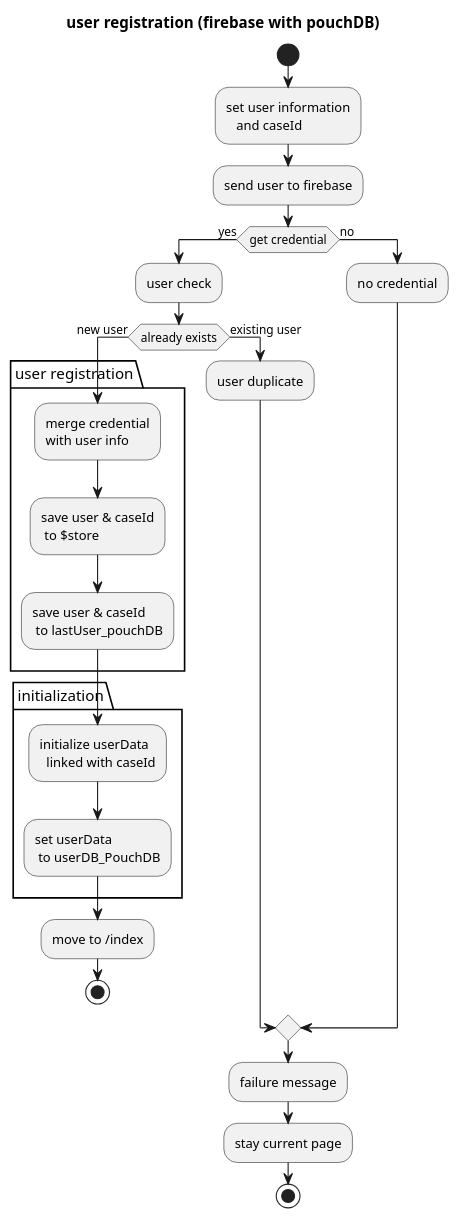
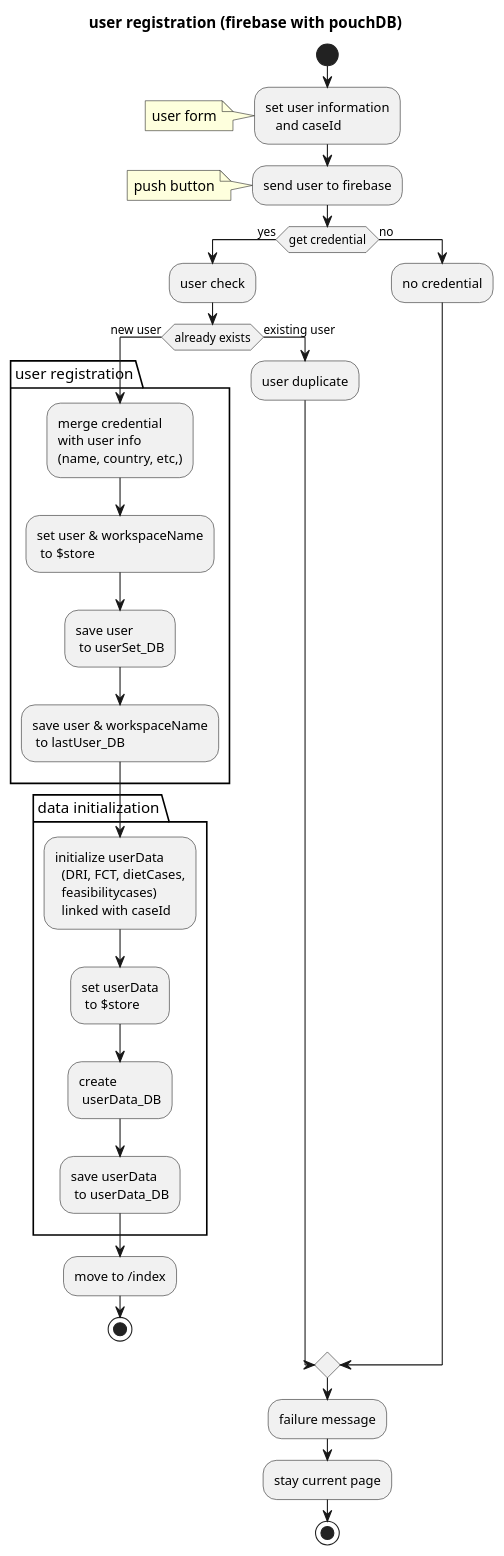
The diagram in assets/backdata/userRegWorkflow.puml (snakada1615/nuxt_pwa201122), drawn with PlantUML before and after one commit. The commit also changed 11 other files, not shown here.

```diff
--- a/assets/backdata/userRegWorkflow.puml
+++ b/assets/backdata/userRegWorkflow.puml
@@ -1,41 +1,52 @@
 @startuml
 title user registration (firebase with pouchDB)
 
 start
 
 :set user information
    and caseId;
+   note left:user form
 
 :send user to firebase;
+note left: push button
 
  if (get credential) then (yes)
   :user check;
    if (already exists) then (new user)
     package "user registration"{
     :merge credential
-    with user info;
-    :save user & caseId
+    with user info
+    (name, country, etc,);
+    :set user & workspaceName
      to $store;
-    :save user & caseId
-     to lastUser_pouchDB;
+    :save user
+     to userSet_DB;
+    :save user & workspaceName
+     to lastUser_DB;
     }
-    package "initialization"{
+    package "data initialization"{
     :initialize userData
+      (DRI, FCT, dietCases,
+      feasibilitycases)
       linked with caseId;
     :set userData
-     to userDB_PouchDB;
+     to $store;
+    :create
+     userData_DB;
+    :save userData
+     to userData_DB;
     }
     :move to /index;
      stop
 
    else (existing user)
      :user duplicate;
    endif
  else (no)
    :no credential;
  endif
     :failure message;
     :stay current page;
  stop
 
 @enduml
```
